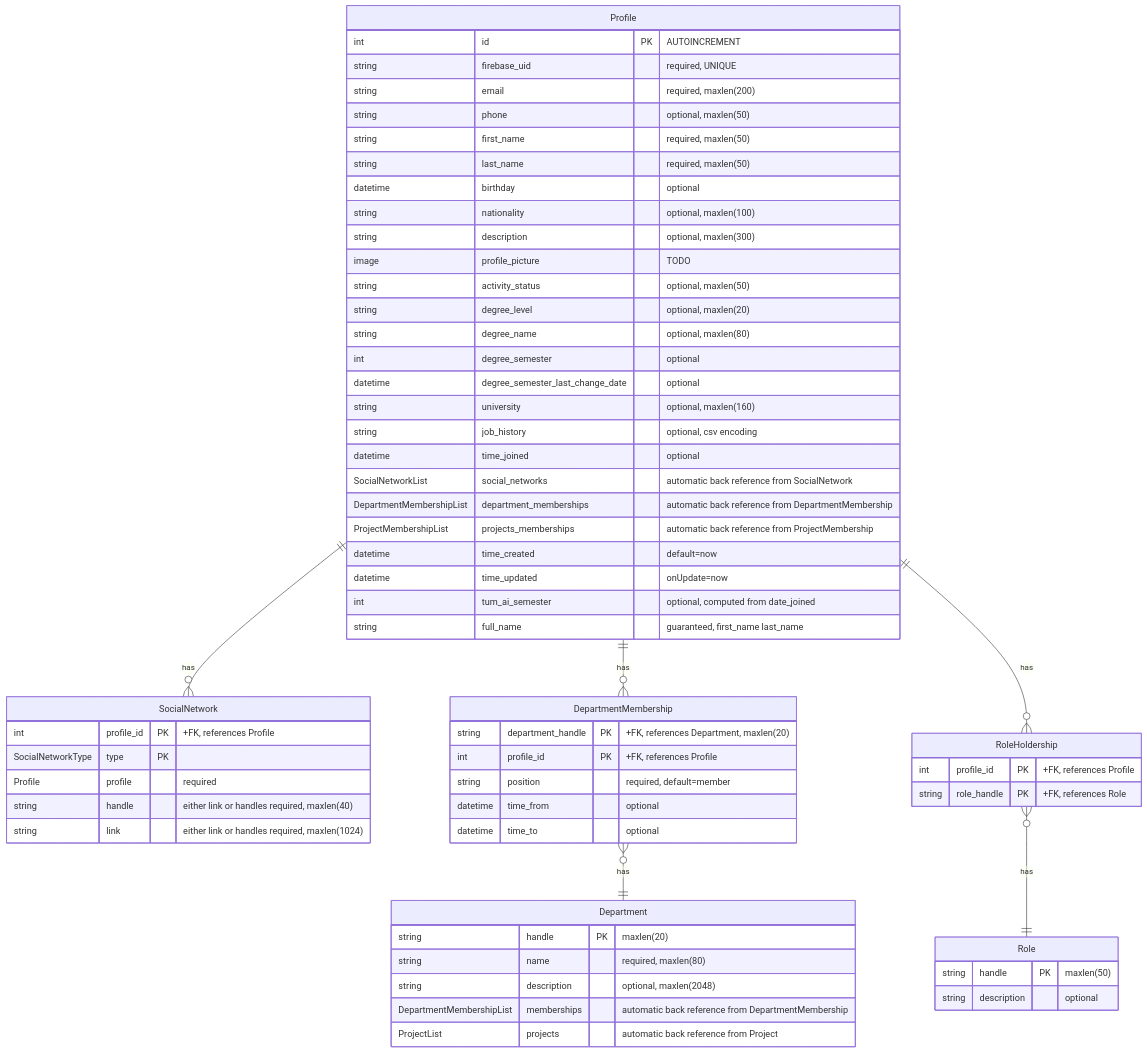
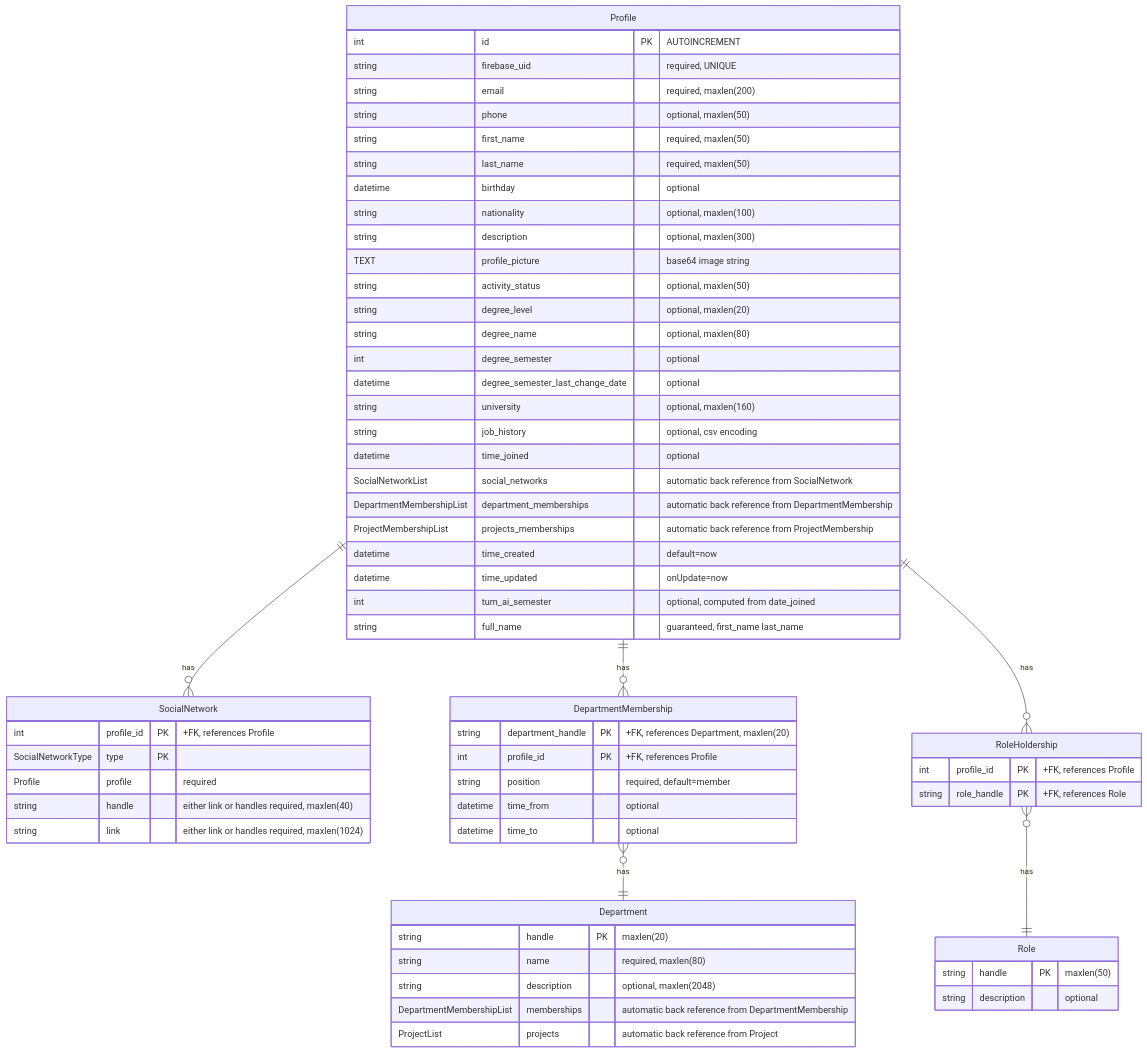
Before and after one commit to tum-ai/space: the diagram in api/README.md, drawn with Mermaid.

Commit message:
Upadte ERD

```diff
--- a/api/README.md
+++ b/api/README.md
@@ -30,7 +30,7 @@
         datetime birthday "optional"
         string nationality "optional, maxlen(100)"
         string description "optional, maxlen(300)"
-        image profile_picture  "TODO"
+        TEXT profile_picture  "base64 image string"
         string activity_status "optional, maxlen(50)"
 
         string degree_level "optional, maxlen(20)"
```
